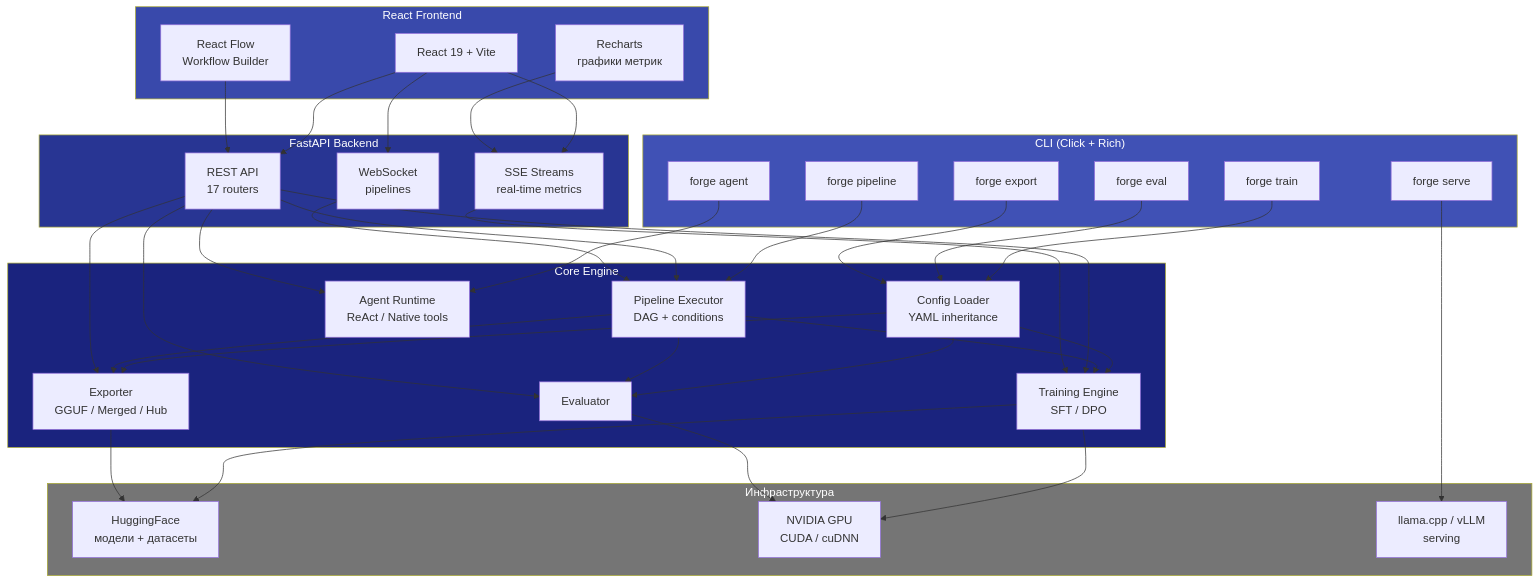
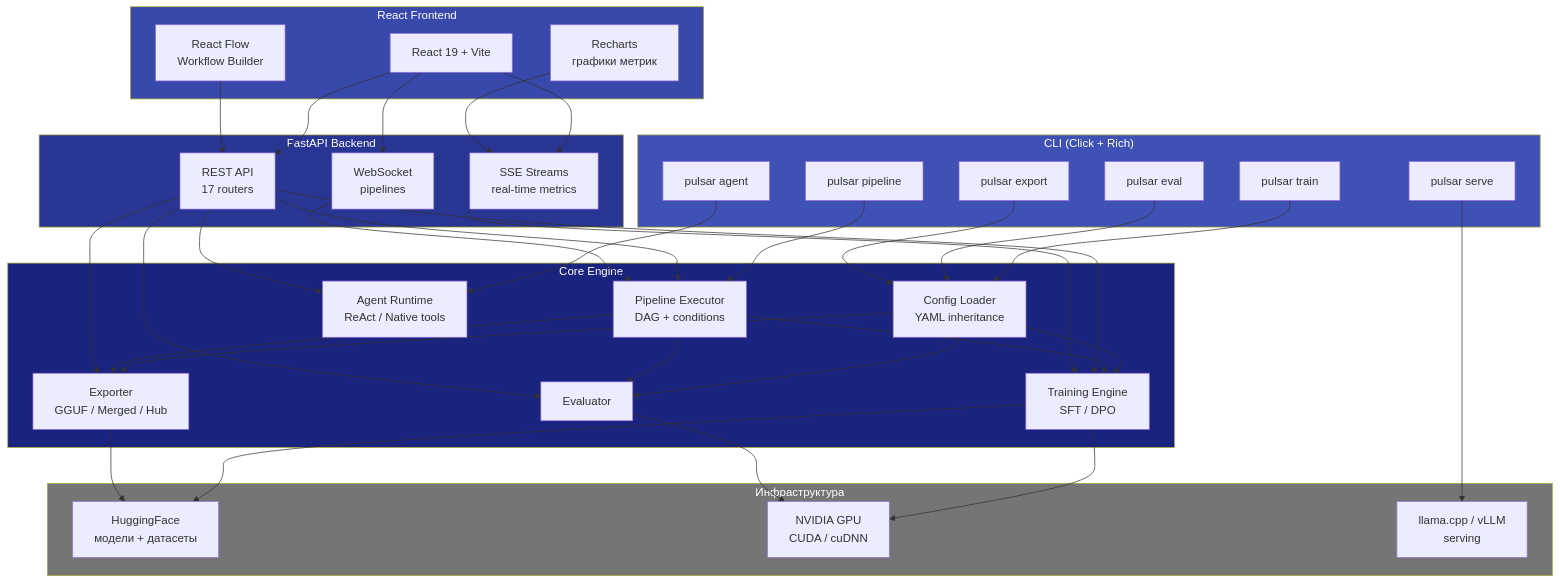
The first of 4 diagrams in docs/concepts/architecture.md (VasilyKolbenev/LLM-forge_v1), drawn with Mermaid before and after one commit. The commit also changed other lines of this file and 72 other files, not shown here.

````diff
--- a/docs/concepts/architecture.md
+++ b/docs/concepts/architecture.md
@@ -9,78 +9,78 @@
 ```mermaid
 graph TB
     subgraph CLI["CLI (Click + Rich)"]
-        C1[forge train]
-        C2[forge eval]
-        C3[forge export]
-        C4[forge serve]
-        C5[forge agent]
-        C6[forge pipeline]
+        C1[pulsar train]
+        C2[pulsar eval]
+        C3[pulsar export]
+        C4[pulsar serve]
+        C5[pulsar agent]
+        C6[pulsar pipeline]
     end
 
     subgraph Core["Core Engine"]
         CL[Config Loader<br/>YAML inheritance]
         TE[Training Engine<br/>SFT / DPO]
         EV[Evaluator]
         EX[Exporter<br/>GGUF / Merged / Hub]
         PE[Pipeline Executor<br/>DAG + conditions]
         AR[Agent Runtime<br/>ReAct / Native tools]
     end
 
     subgraph Backend["FastAPI Backend"]
         API[REST API<br/>17 routers]
         SSE[SSE Streams<br/>real-time metrics]
         WS[WebSocket<br/>pipelines]
     end
 
     subgraph Frontend["React Frontend"]
         UI[React 19 + Vite]
         CH[Recharts<br/>графики метрик]
         RF[React Flow<br/>Workflow Builder]
     end
 
     subgraph Infra["Инфраструктура"]
         HF[HuggingFace<br/>модели + датасеты]
         GPU[NVIDIA GPU<br/>CUDA / cuDNN]
         LC[llama.cpp / vLLM<br/>serving]
     end
 
     C1 --> CL
     C2 --> CL
     C3 --> CL
     C4 --> LC
     C5 --> AR
     C6 --> PE
 
     CL --> TE
     CL --> EV
     CL --> EX
 
     TE --> GPU
     TE --> HF
     EV --> GPU
     EX --> HF
 
     PE --> TE
     PE --> EV
     PE --> EX
 
     API --> TE
     API --> EV
     API --> EX
     API --> PE
     API --> AR
     SSE --> TE
     WS --> PE
 
     UI --> API
     UI --> SSE
     UI --> WS
     CH --> SSE
     RF --> API
 
     style CLI fill:#4051b5,color:#fff
     style Core fill:#1a237e,color:#fff
     style Backend fill:#283593,color:#fff
     style Frontend fill:#3949ab,color:#fff
     style Infra fill:#757575,color:#fff
 ```
````
